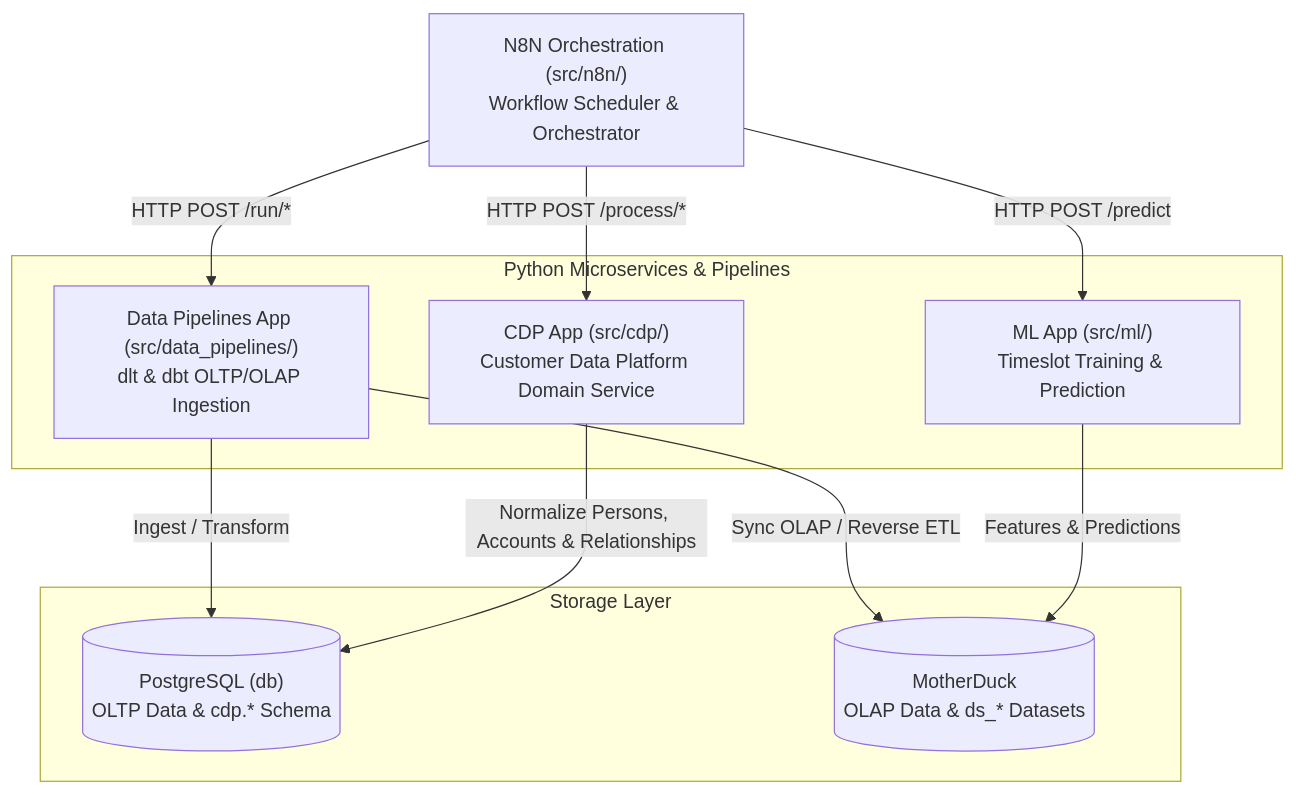
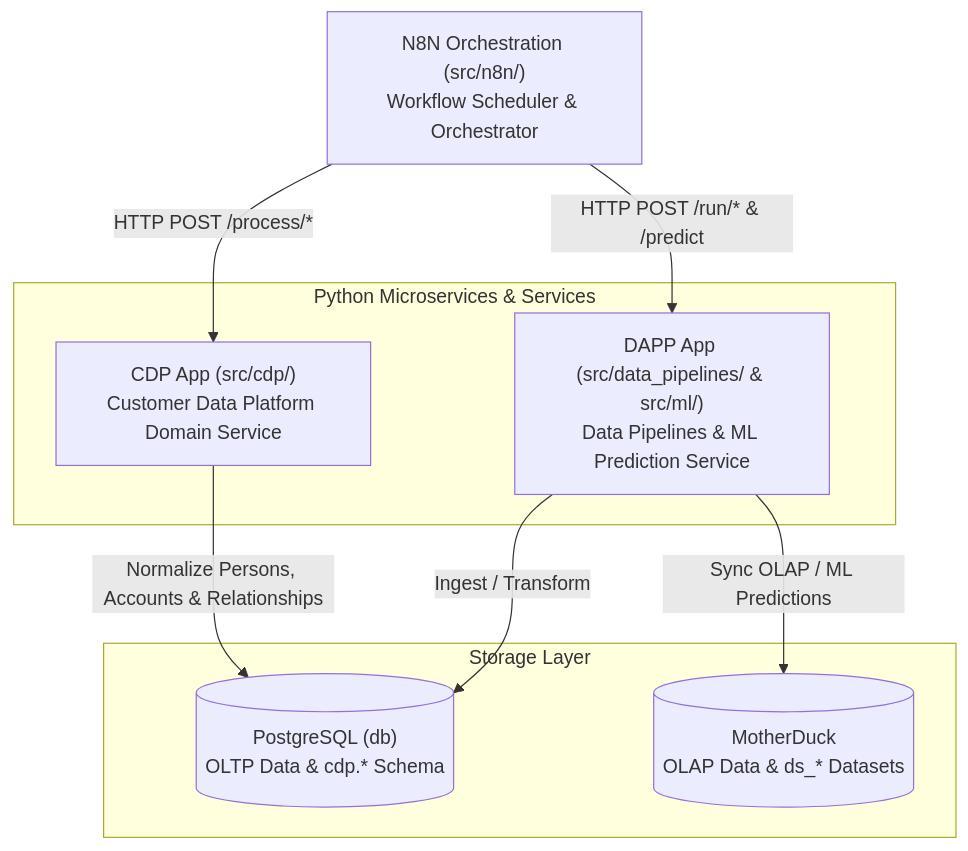
The diagram in README.md (Data-Biz-AI-Consultancy/Jager), drawn with Mermaid before and after one commit. The commit also changed other lines of this file and 5 other files, not shown here.

Commit message:
refactor: consolidate ML and data pipeline services into a unified DAPP service

````diff
--- a/README.md
+++ b/README.md
@@ -53,24 +53,21 @@
 ```mermaid
 flowchart TD
     N8N["N8N Orchestration (src/n8n/)<br/>Workflow Scheduler & Orchestrator"]
     
-    subgraph DataServices["Python Microservices & Pipelines"]
-        DP["Data Pipelines App (src/data_pipelines/)<br/>dlt & dbt OLTP/OLAP Ingestion"]
+    subgraph DataServices["Python Microservices & Services"]
         CDP["CDP App (src/cdp/)<br/>Customer Data Platform Domain Service"]
-        ML["ML App (src/ml/)<br/>Timeslot Training & Prediction"]
+        DAPP["DAPP App (src/data_pipelines/ & src/ml/)<br/>Data Pipelines & ML Prediction Service"]
     end
     
     subgraph Storage["Storage Layer"]
         PG[("PostgreSQL (db)<br/>OLTP Data & cdp.* Schema")]
         MD[("MotherDuck<br/>OLAP Data & ds_* Datasets")]
     end
     
-    N8N -->|"HTTP POST /run/*"| DP
     N8N -->|"HTTP POST /process/*"| CDP
-    N8N -->|"HTTP POST /predict"| ML
+    N8N -->|"HTTP POST /run/* & /predict"| DAPP
     
-    DP -->|"Ingest / Transform"| PG
-    DP -->|"Sync OLAP / Reverse ETL"| MD
     CDP -->|"Normalize Persons, Accounts & Relationships"| PG
-    ML -->|"Features & Predictions"| MD
+    DAPP -->|"Ingest / Transform"| PG
+    DAPP -->|"Sync OLAP / ML Predictions"| MD
 ```
````
